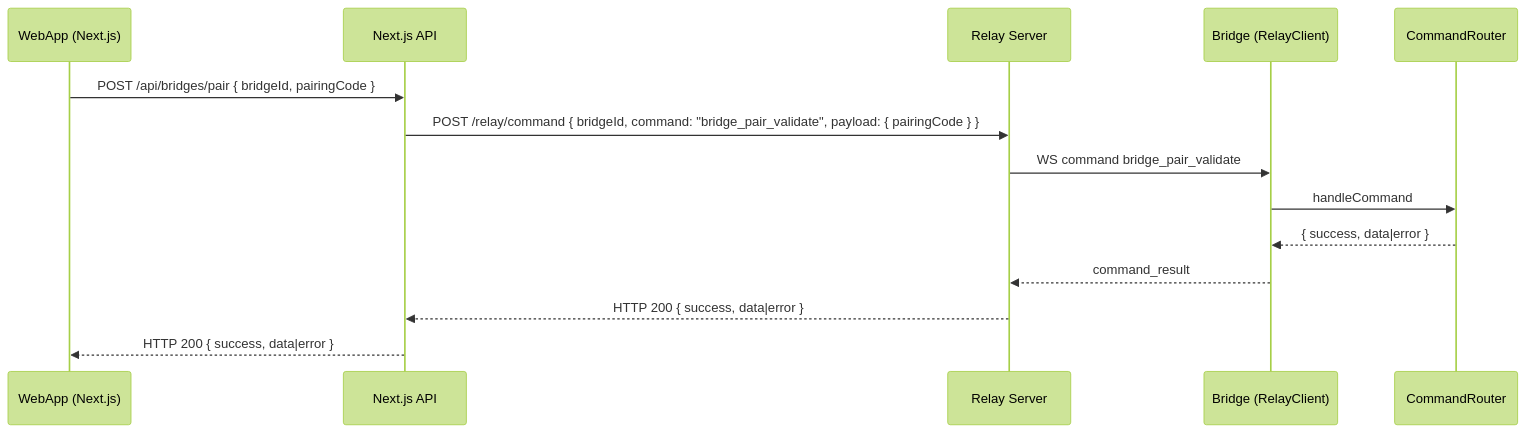
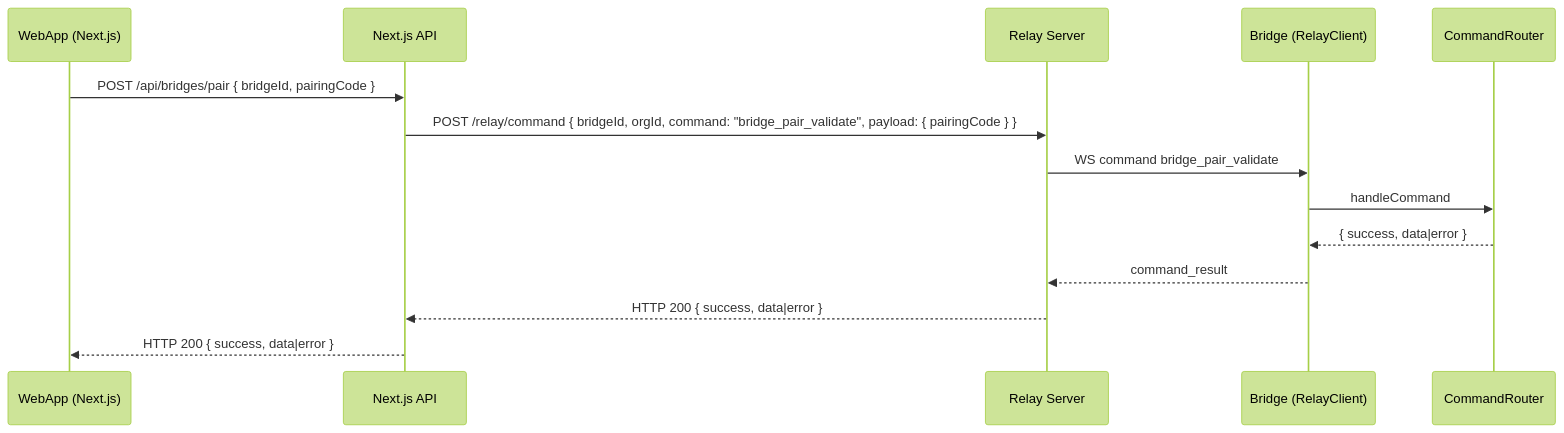
One commit to pivotrecruiting/broadify-bridge changed the second of 2 diagrams in docs/security/relay-data-traffic.md. Above: the diagram before and after it, drawn with Mermaid (forest theme). The commit also changed other lines of this file and 2 other files, not shown here.

````diff
--- a/docs/security/relay-data-traffic.md
+++ b/docs/security/relay-data-traffic.md
@@ -50,17 +50,17 @@
 ```mermaid
 sequenceDiagram
   participant WebApp as WebApp (Next.js)
   participant Api as Next.js API
   participant Relay as Relay Server
   participant Bridge as Bridge (RelayClient)
   participant Router as CommandRouter
 
   WebApp->>Api: POST /api/bridges/pair { bridgeId, pairingCode }
-  Api->>Relay: POST /relay/command { bridgeId, command: "bridge_pair_validate", payload: { pairingCode } }
+  Api->>Relay: POST /relay/command { bridgeId, orgId, command: "bridge_pair_validate", payload: { pairingCode } }
   Relay->>Bridge: WS command bridge_pair_validate
   Bridge->>Router: handleCommand
   Router-->>Bridge: { success, data|error }
   Bridge-->>Relay: command_result
   Relay-->>Api: HTTP 200 { success, data|error }
   Api-->>WebApp: HTTP 200 { success, data|error }
 ```
````
